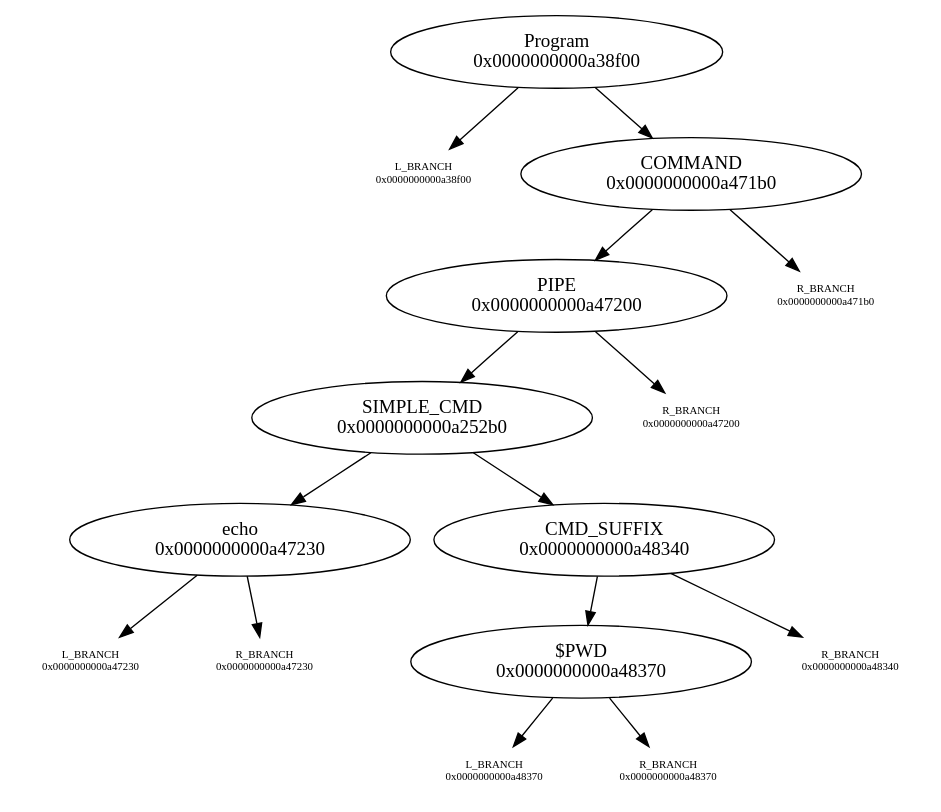
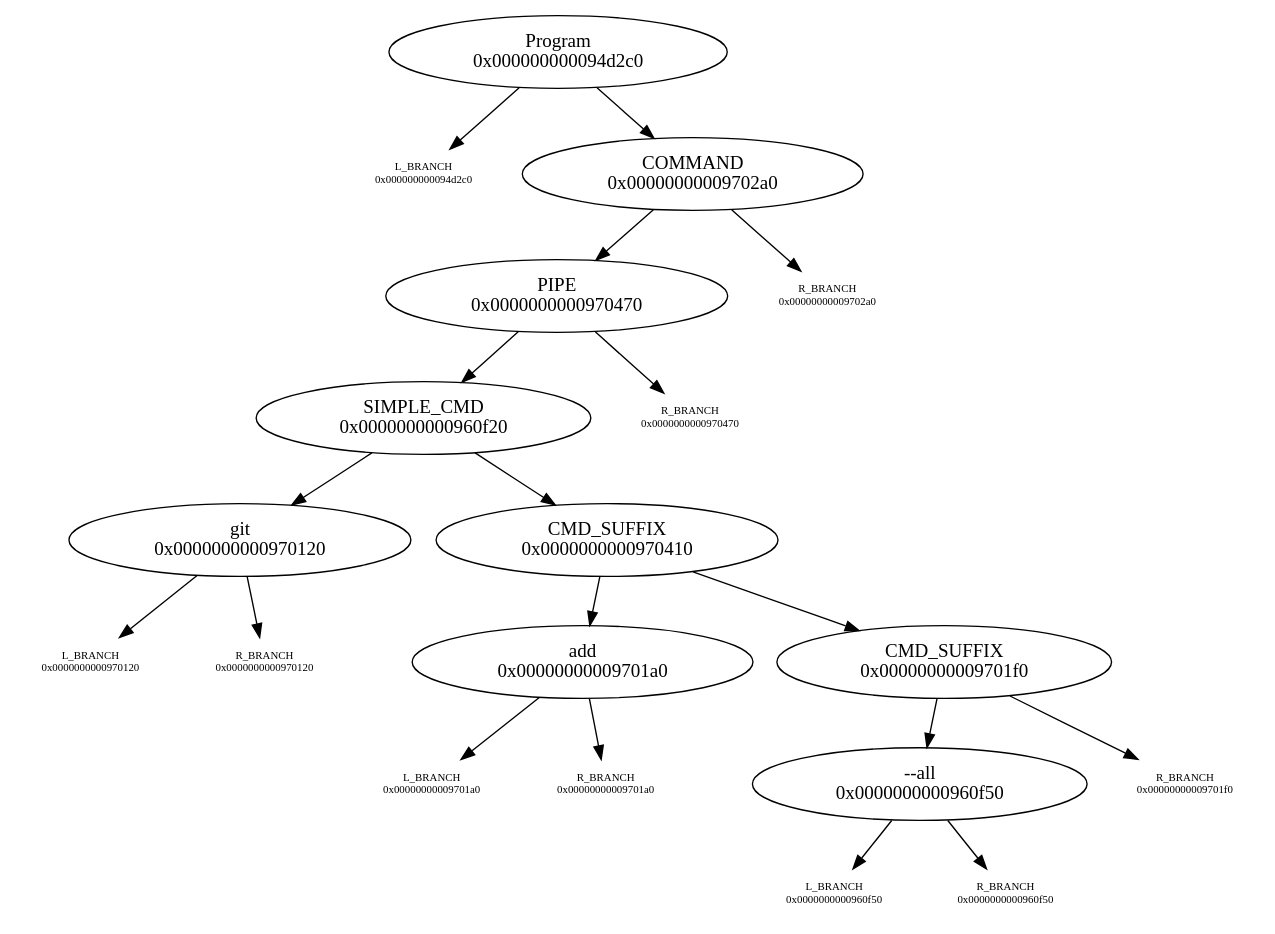
Before and after one commit to N-4-Nina/Minishell: the diagram in graph.dot, drawn with Graphviz. The commit also changed 7 other files, not shown here.

```diff
--- a/graph.dot
+++ b/graph.dot
@@ -1,25 +1,31 @@
 digraph graphname {
-"Program\n0x0000000000a38f00" -> "L_BRANCH\n0x0000000000a38f00";
-"L_BRANCH\n0x0000000000a38f00" [shape=none fontsize=8]
-"Program\n0x0000000000a38f00" -> "COMMAND\n0x0000000000a471b0";
-"COMMAND\n0x0000000000a471b0" -> "PIPE\n0x0000000000a47200";
-"COMMAND\n0x0000000000a471b0" -> "R_BRANCH\n0x0000000000a471b0";
-"R_BRANCH\n0x0000000000a471b0" [shape=none fontsize=8]
-"PIPE\n0x0000000000a47200" -> "SIMPLE_CMD\n0x0000000000a252b0";
-"PIPE\n0x0000000000a47200" -> "R_BRANCH\n0x0000000000a47200";
-"R_BRANCH\n0x0000000000a47200" [shape=none fontsize=8]
-"SIMPLE_CMD\n0x0000000000a252b0" -> "echo\n0x0000000000a47230";
-"SIMPLE_CMD\n0x0000000000a252b0" -> "CMD_SUFFIX\n0x0000000000a48340";
-"echo\n0x0000000000a47230" -> "L_BRANCH\n0x0000000000a47230";
-"L_BRANCH\n0x0000000000a47230" [shape=none fontsize=8]
-"echo\n0x0000000000a47230" -> "R_BRANCH\n0x0000000000a47230";
-"R_BRANCH\n0x0000000000a47230" [shape=none fontsize=8]
-"CMD_SUFFIX\n0x0000000000a48340" -> "$PWD\n0x0000000000a48370";
-"CMD_SUFFIX\n0x0000000000a48340" -> "R_BRANCH\n0x0000000000a48340";
-"R_BRANCH\n0x0000000000a48340" [shape=none fontsize=8]
-"$PWD\n0x0000000000a48370" -> "L_BRANCH\n0x0000000000a48370";
-"L_BRANCH\n0x0000000000a48370" [shape=none fontsize=8]
-"$PWD\n0x0000000000a48370" -> "R_BRANCH\n0x0000000000a48370";
-"R_BRANCH\n0x0000000000a48370" [shape=none fontsize=8]
+"Program\n0x000000000094d2c0" -> "L_BRANCH\n0x000000000094d2c0";
+"L_BRANCH\n0x000000000094d2c0" [shape=none fontsize=8]
+"Program\n0x000000000094d2c0" -> "COMMAND\n0x00000000009702a0";
+"COMMAND\n0x00000000009702a0" -> "PIPE\n0x0000000000970470";
+"COMMAND\n0x00000000009702a0" -> "R_BRANCH\n0x00000000009702a0";
+"R_BRANCH\n0x00000000009702a0" [shape=none fontsize=8]
+"PIPE\n0x0000000000970470" -> "SIMPLE_CMD\n0x0000000000960f20";
+"PIPE\n0x0000000000970470" -> "R_BRANCH\n0x0000000000970470";
+"R_BRANCH\n0x0000000000970470" [shape=none fontsize=8]
+"SIMPLE_CMD\n0x0000000000960f20" -> "git\n0x0000000000970120";
+"SIMPLE_CMD\n0x0000000000960f20" -> "CMD_SUFFIX\n0x0000000000970410";
+"git\n0x0000000000970120" -> "L_BRANCH\n0x0000000000970120";
+"L_BRANCH\n0x0000000000970120" [shape=none fontsize=8]
+"git\n0x0000000000970120" -> "R_BRANCH\n0x0000000000970120";
+"R_BRANCH\n0x0000000000970120" [shape=none fontsize=8]
+"CMD_SUFFIX\n0x0000000000970410" -> "add\n0x00000000009701a0";
+"CMD_SUFFIX\n0x0000000000970410" -> "CMD_SUFFIX\n0x00000000009701f0";
+"add\n0x00000000009701a0" -> "L_BRANCH\n0x00000000009701a0";
+"L_BRANCH\n0x00000000009701a0" [shape=none fontsize=8]
+"add\n0x00000000009701a0" -> "R_BRANCH\n0x00000000009701a0";
+"R_BRANCH\n0x00000000009701a0" [shape=none fontsize=8]
+"CMD_SUFFIX\n0x00000000009701f0" -> "--all\n0x0000000000960f50";
+"CMD_SUFFIX\n0x00000000009701f0" -> "R_BRANCH\n0x00000000009701f0";
+"R_BRANCH\n0x00000000009701f0" [shape=none fontsize=8]
+"--all\n0x0000000000960f50" -> "L_BRANCH\n0x0000000000960f50";
+"L_BRANCH\n0x0000000000960f50" [shape=none fontsize=8]
+"--all\n0x0000000000960f50" -> "R_BRANCH\n0x0000000000960f50";
+"R_BRANCH\n0x0000000000960f50" [shape=none fontsize=8]
 
 }
```
